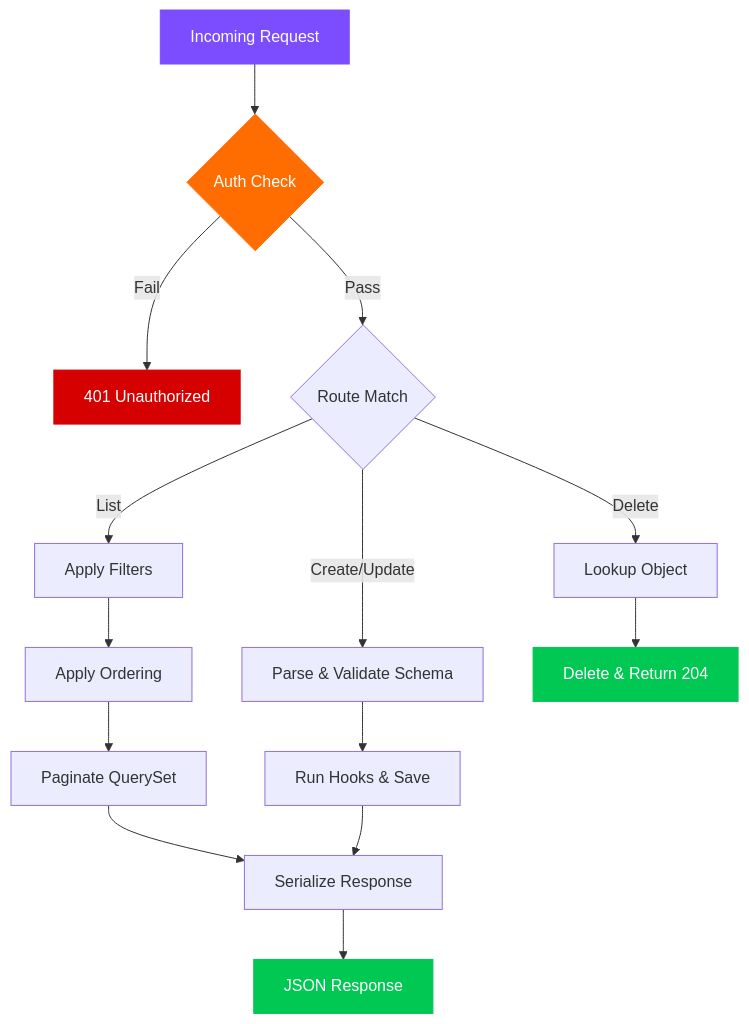
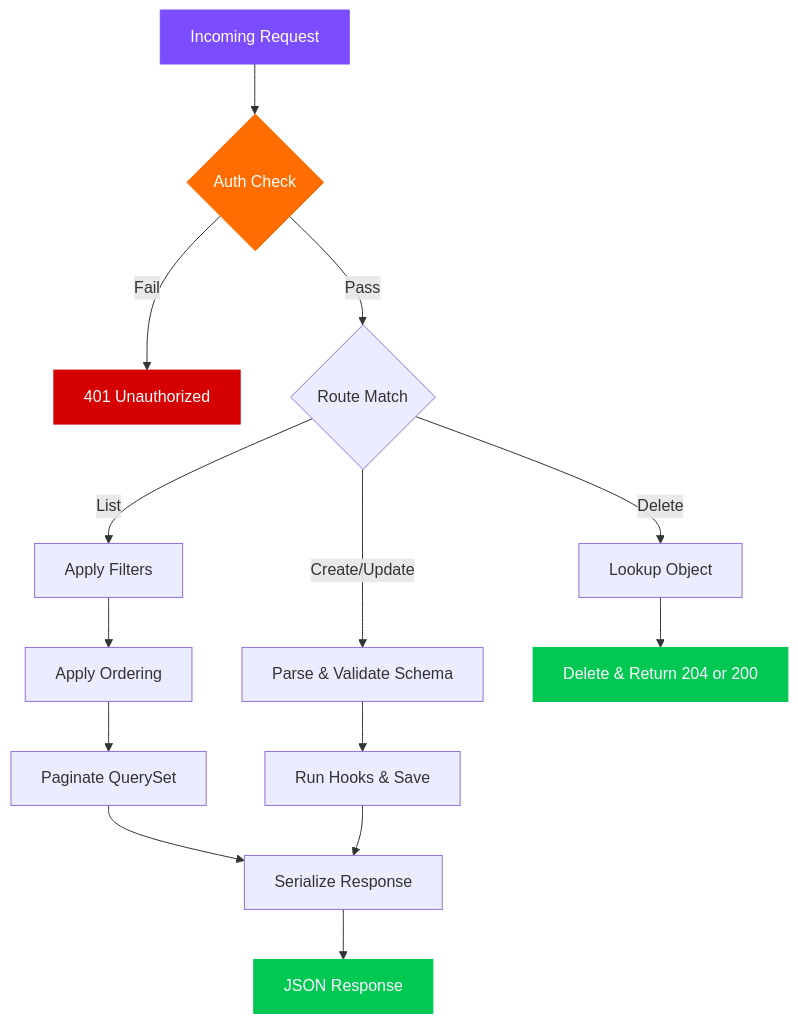
The diagram in docs/api/views/api_view_set.md (caspel26/django-ninja-aio-crud), drawn with Mermaid before and after one commit. The commit also changed other lines of this file and 1 other file, not shown here.

Commit message:
docs: update API documentation to include per-operation response schemas

````diff
--- a/docs/api/views/api_view_set.md
+++ b/docs/api/views/api_view_set.md
@@ -29,22 +29,22 @@
 ```mermaid
 graph TD
     A[Incoming Request] --> B{Auth Check}
     B -->|Fail| X[401 Unauthorized]
     B -->|Pass| C{Route Match}
     C -->|List| D[Apply Filters]
     C -->|Create/Update| E[Parse & Validate Schema]
     C -->|Delete| F[Lookup Object]
     D --> G[Apply Ordering]
     G --> H[Paginate QuerySet]
     H --> I[Serialize Response]
     E --> J[Run Hooks & Save]
     J --> I
-    F --> K[Delete & Return 204]
+    F --> K[Delete & Return 204 or 200]
     I --> L[JSON Response]
 
     style A fill:#7c4dff,stroke:#7c4dff,color:#fff
     style B fill:#ff6d00,stroke:#ff6d00,color:#fff
     style X fill:#d50000,stroke:#d50000,color:#fff
     style L fill:#00c853,stroke:#00c853,color:#fff
     style K fill:#00c853,stroke:#00c853,color:#fff
 ```
````
